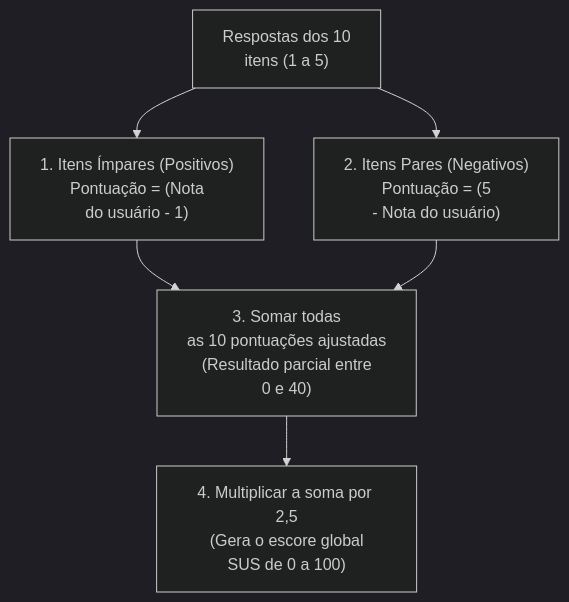
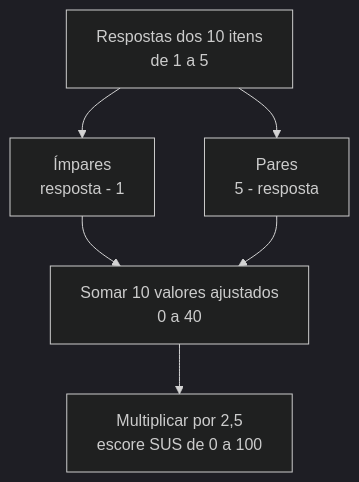
One commit to leorruas/puc changed the diagram in 08. Design de Interacao/24. Avaliação por investigação - método system usability scale sus.md. Above: the diagram before and after it, drawn with Mermaid (dark theme). The commit also changed other lines of this file, not shown here.

Commit message:
Normaliza visualizações e interpretação do SUS

````diff
--- a/08. Design de Interacao/24. Avaliação por investigação - método system usability scale sus.md
+++ b/08. Design de Interacao/24. Avaliação por investigação - método system usability scale sus.md
@@ -77,10 +77,14 @@
 ```mermaid
 flowchart TD
-    Respostas["Respostas dos 10<br>itens (1 a 5)"] --> ItensImpares["1. Itens Ímpares (Positivos)<br>Pontuação = (Nota<br>do usuário - 1)"]
-    Respostas --> ItensPares["2. Itens Pares (Negativos)<br>Pontuação = (5<br>- Nota do usuário)"]
-    
-    ItensImpares --> Soma["3. Somar todas<br>as 10 pontuações ajustadas<br>(Resultado parcial entre<br>0 e 40)"]
-    ItensPares --> Soma
-    
-    Soma --> Multiplicacao["4. Multiplicar a soma por 2,5<br>(Gera o escore global<br>SUS de 0 a 100)"]
+    Respostas["Respostas dos 10 itens<br>de 1 a 5"]:::external
+    Impares["Ímpares<br>resposta - 1"]:::component
+    Pares["Pares<br>5 - resposta"]:::component
+    Soma["Somar 10 valores ajustados<br>0 a 40"]:::core
+    Escore["Multiplicar por 2,5<br>escore SUS de 0 a 100"]:::data
+
+    Respostas --> Impares
+    Respostas --> Pares
+    Impares --> Soma
+    Pares --> Soma
+    Soma --> Escore
 ```
````
